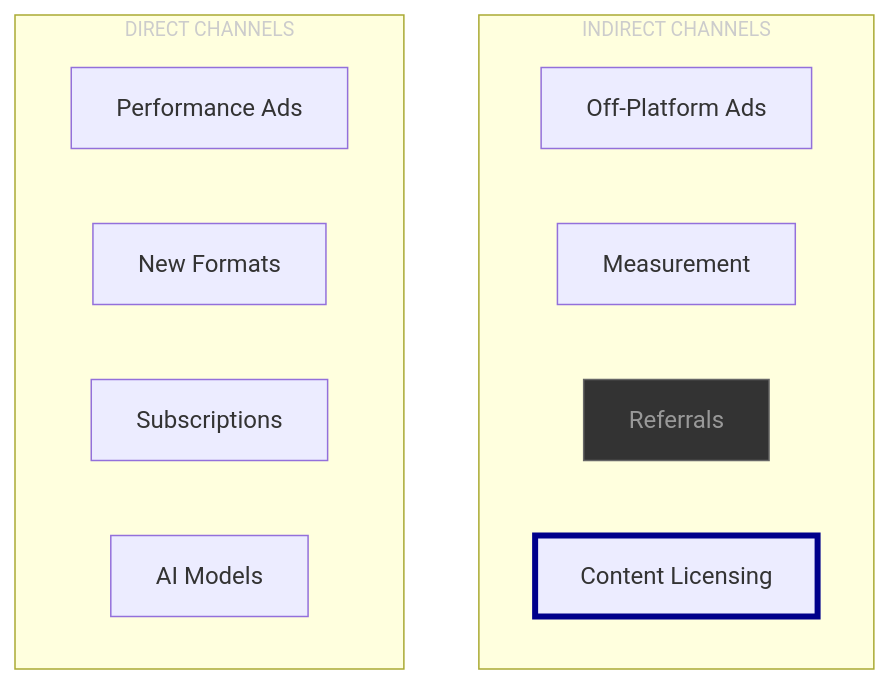
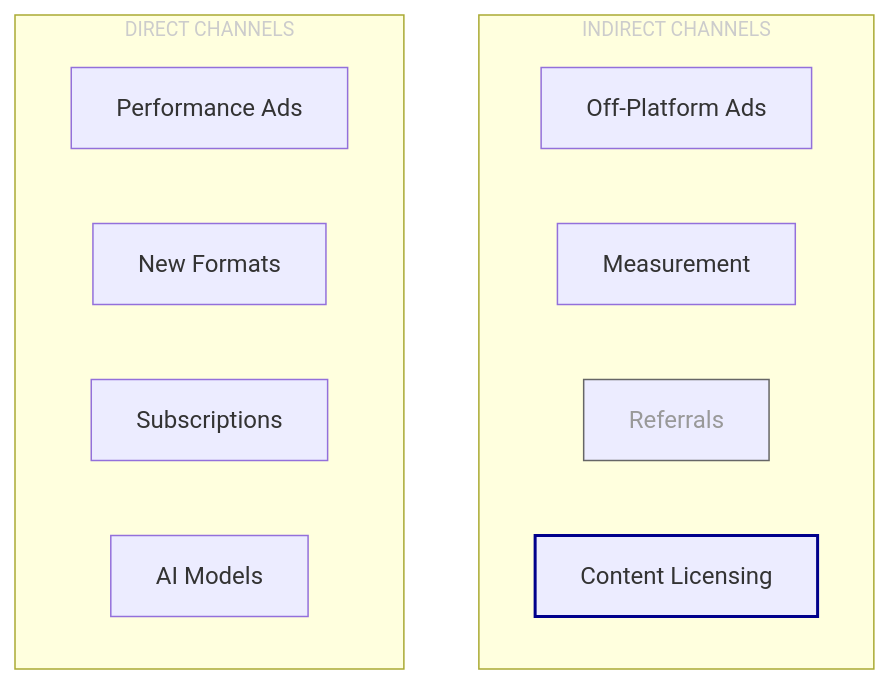
Before and after one commit to ozone-project/cafe: the first of 2 diagrams in slide-05-content-creator-choices.md, drawn with Mermaid. The commit also changed other lines of this file and 2 other files, not shown here.

Commit message:
Fix GitHub markdown compatibility issues
- Simplified Mermaid diagram styling for better GitHub rendering
- Adjusted stroke widths and styling for consistent display
- Updated Content Exchange Value Proposition title
- Improved chart formatting and visual consistency

🤖 Generated with [Claude Code](https://claude.ai/code)

````diff
--- a/slide-05-content-creator-choices.md
+++ b/slide-05-content-creator-choices.md
@@ -5,24 +5,24 @@
 ```mermaid
 flowchart TD
     subgraph Indirect[INDIRECT CHANNELS]
         direction LR
         Omnichannel["Off-Platform Ads"]
         Measurement
         Referrals["Referrals"]
         Licensing["Content Licensing"]
     end
     subgraph Direct[DIRECT CHANNELS]
         direction LR
         Performance["Performance Ads"]
         Formats["New Formats"]
         Subscriptions
         AI["AI Models"]
     end
     
-    style Referrals stroke:#666666, fill:#333333, color:#999999
-    style Licensing stroke:darkblue, stroke-width:4px
+    style Referrals stroke:#666666, color:#999999
+    style Licensing stroke:darkblue, stroke-width:2px
 
     classDef small_title font-size:0.9em, color:#cccccc
     class Direct small_title
     class Indirect small_title
 ```
````
